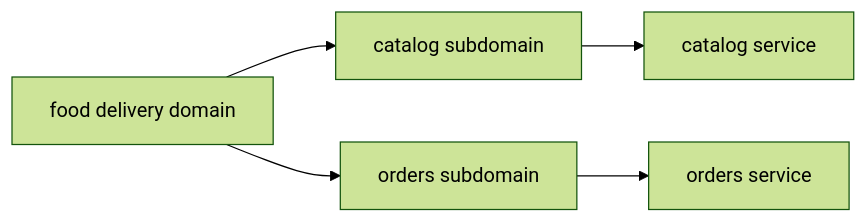
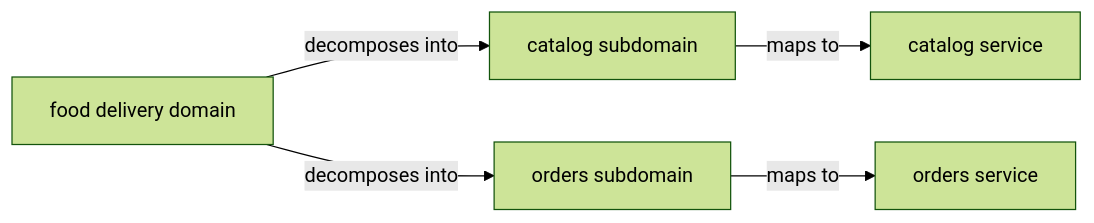
Before and after one commit to vinayakuber/microservices-io-study-guide: diagram 13 of 13 in docs/ch04-decompose-by-subdomain.md, drawn with Mermaid (forest theme). The commit also changed other lines of this file and 71 other files, not shown here.

First line of the commit message:
R18: label every diagram arrow with its meaning

````diff
--- a/docs/ch04-decompose-by-subdomain.md
+++ b/docs/ch04-decompose-by-subdomain.md
@@ -461,7 +461,7 @@
 ```mermaid
 flowchart LR
-  D["food delivery domain"] --> S1["catalog subdomain"]
-  D --> S2["orders subdomain"]
-  S1 --> V1["catalog service"]
-  S2 --> V2["orders service"]
+  D["food delivery domain"] -->|"decomposes into"| S1["catalog subdomain"]
+  D -->|"decomposes into"| S2["orders subdomain"]
+  S1 -->|"maps to"| V1["catalog service"]
+  S2 -->|"maps to"| V2["orders service"]
 ```
````
